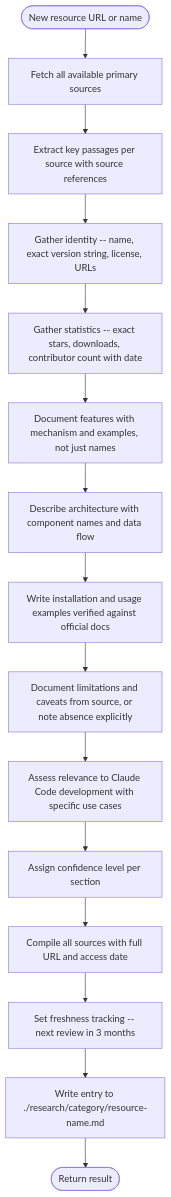
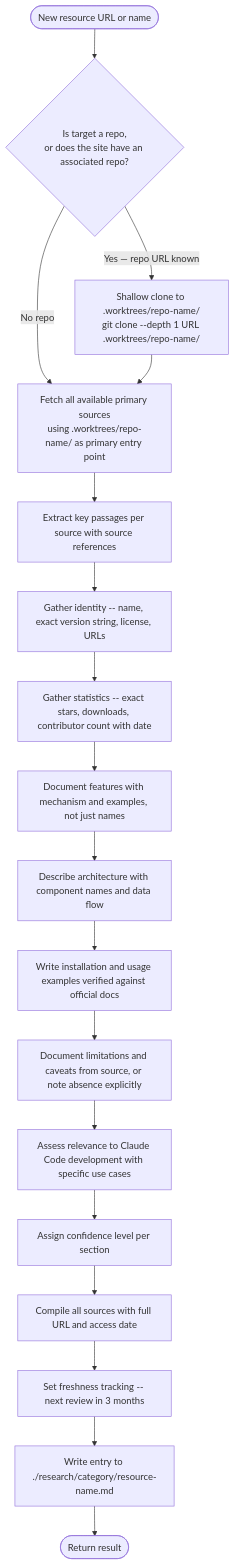
Before and after one commit to chgreer1070/claude_skills: the second of 2 diagrams in .claude/agents/research-curator.md, drawn with Mermaid. The commit also changed other lines of this file, not shown here.

First line of the commit message:
feat(research-curator): shallow clone repos to .worktrees/ before gathering data

````diff
--- a/.claude/agents/research-curator.md
+++ b/.claude/agents/research-curator.md
@@ -285,17 +303,20 @@
 ```mermaid
 flowchart TD
-    Start([New resource URL or name]) --> Fetch[Fetch all available primary sources]
+    Start([New resource URL or name]) --> CloneCheck{Is target a repo,<br>or does the site have an associated repo?}
+    CloneCheck -->|"Yes — repo URL known"| ShallowClone["Shallow clone to .worktrees/repo-name/<br>git clone --depth 1 URL .worktrees/repo-name/"]
+    CloneCheck -->|"No repo"| Fetch[Fetch all available primary sources]
+    ShallowClone --> Fetch[Fetch all available primary sources<br>using .worktrees/repo-name/ as primary entry point]
     Fetch --> Extract[Extract key passages per source with source references]
     Extract --> Metadata[Gather identity -- name, exact version string, license, URLs]
     Metadata --> Stats[Gather statistics -- exact stars, downloads, contributor count with date]
     Stats --> Features[Document features with mechanism and examples, not just names]
     Features --> Architecture[Describe architecture with component names and data flow]
     Architecture --> Usage[Write installation and usage examples verified against official docs]
     Usage --> Limitations[Document limitations and caveats from source, or note absence explicitly]
     Limitations --> Relevance[Assess relevance to Claude Code development with specific use cases]
     Relevance --> Confidence[Assign confidence level per section]
     Confidence --> References[Compile all sources with full URL and access date]
     References --> Freshness[Set freshness tracking -- next review in 3 months]
     Freshness --> WriteFile[Write entry to ./research/category/resource-name.md]
     WriteFile --> Done([Return result])
 ```
````
